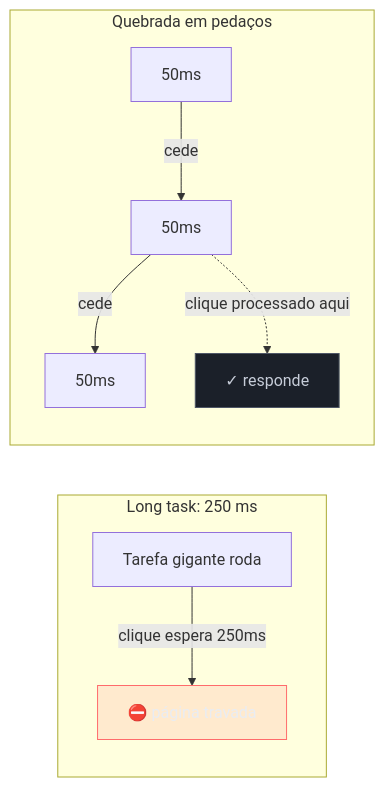
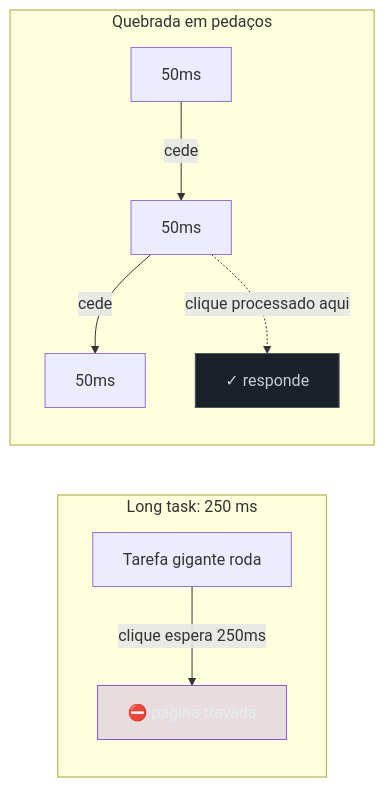
The diagram in 03-Dominios/Tecnologia/Web Performance/Performance de Runtime e Rendering/02 - Long tasks e o custo do JavaScript.md (josenaldo/codex-technomanticus), drawn with Mermaid before and after one commit. The commit also changed 601 other files, not shown here.

````diff
--- a/03-Dominios/Tecnologia/Web Performance/Performance de Runtime e Rendering/02 - Long tasks e o custo do JavaScript.md
+++ b/03-Dominios/Tecnologia/Web Performance/Performance de Runtime e Rendering/02 - Long tasks e o custo do JavaScript.md
@@ -31,14 +31,14 @@
 ```mermaid
 graph LR
-    classDef falha fill:#FF6B6B24,stroke:#FF6B6B,color:#E9ECF2
+    classDef marca fill:#8855DF33,stroke:#8855DF,color:#E9ECF2
     classDef neutro fill:#1B2029,stroke:#4E5666,color:#C6CCD8
     subgraph BAD["Long task: 250 ms"]
         A[Tarefa gigante roda] -->|clique espera 250ms| B[⛔ página travada]
     end
     subgraph GOOD["Quebrada em pedaços"]
         C[50ms] -->|cede| D[50ms] -->|cede| E[50ms]
         D -.clique processado aqui.-> F[✓ responde]
     end
-    class B falha
+    class B marca
     class F neutro
 ```
````
